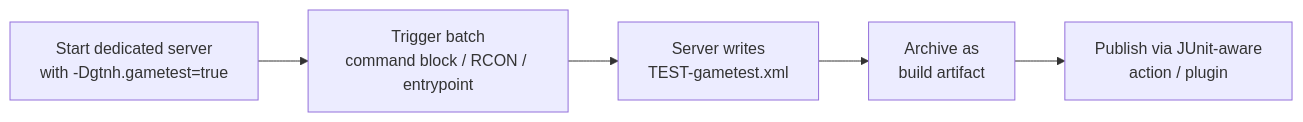
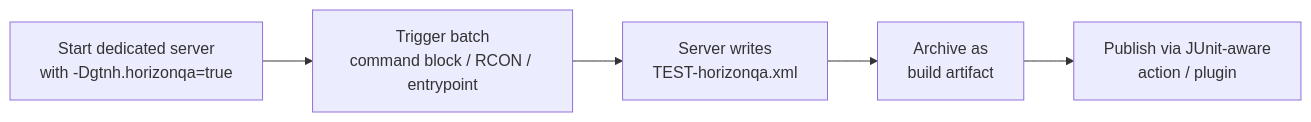
Before and after one commit to GTNewHorizons/Horizon-QA: the diagram in docs/guide/ci.md, drawn with Mermaid. The commit also changed other lines of this file and 274 other files, not shown here.

````diff
--- a/docs/guide/ci.md
+++ b/docs/guide/ci.md
@@ -45,7 +45,7 @@
 ```mermaid
 flowchart LR
-    A[Start dedicated server<br/>with -Dgtnh.gametest=true] --> B[Trigger batch<br/>command block / RCON / entrypoint]
-    B --> C[Server writes<br/>TEST-gametest.xml]
+    A[Start dedicated server<br/>with -Dgtnh.horizonqa=true] --> B[Trigger batch<br/>command block / RCON / entrypoint]
+    B --> C[Server writes<br/>TEST-horizonqa.xml]
     C --> D[Archive as<br/>build artifact]
     D --> E[Publish via JUnit-aware<br/>action / plugin]
 ```
````
